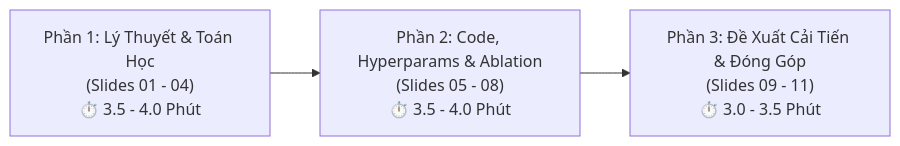
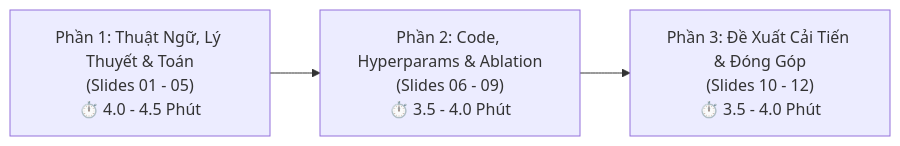
One commit to snowflake-vibing/Project-Experimental-TiDE changed the diagram in tasks-Hieu/presentation/slide/script_thuyet_trinh_tung_slide.md. Above: the diagram before and after it, drawn with Mermaid. The commit also changed other lines of this file and 28 other files, not shown here.

````diff
--- a/tasks-Hieu/presentation/slide/script_thuyet_trinh_tung_slide.md
+++ b/tasks-Hieu/presentation/slide/script_thuyet_trinh_tung_slide.md
@@ -14,5 +14,5 @@
 ```mermaid
 flowchart LR
-    P1["Phần 1: Lý Thuyết & Toán Học\n(Slides 01 - 04)\n⏱️ 3.5 - 4.0 Phút"] --> P2["Phần 2: Code, Hyperparams & Ablation\n(Slides 05 - 08)\n⏱️ 3.5 - 4.0 Phút"]
-    P2 --> P3["Phần 3: Đề Xuất Cải Tiến & Đóng Góp\n(Slides 09 - 11)\n⏱️ 3.0 - 3.5 Phút"]
+    P1["Phần 1: Thuật Ngữ, Lý Thuyết & Toán\n(Slides 01 - 05)\n⏱️ 4.0 - 4.5 Phút"] --> P2["Phần 2: Code, Hyperparams & Ablation\n(Slides 06 - 09)\n⏱️ 3.5 - 4.0 Phút"]
+    P2 --> P3["Phần 3: Đề Xuất Cải Tiến & Đóng Góp\n(Slides 10 - 12)\n⏱️ 3.5 - 4.0 Phút"]
 ```
````
